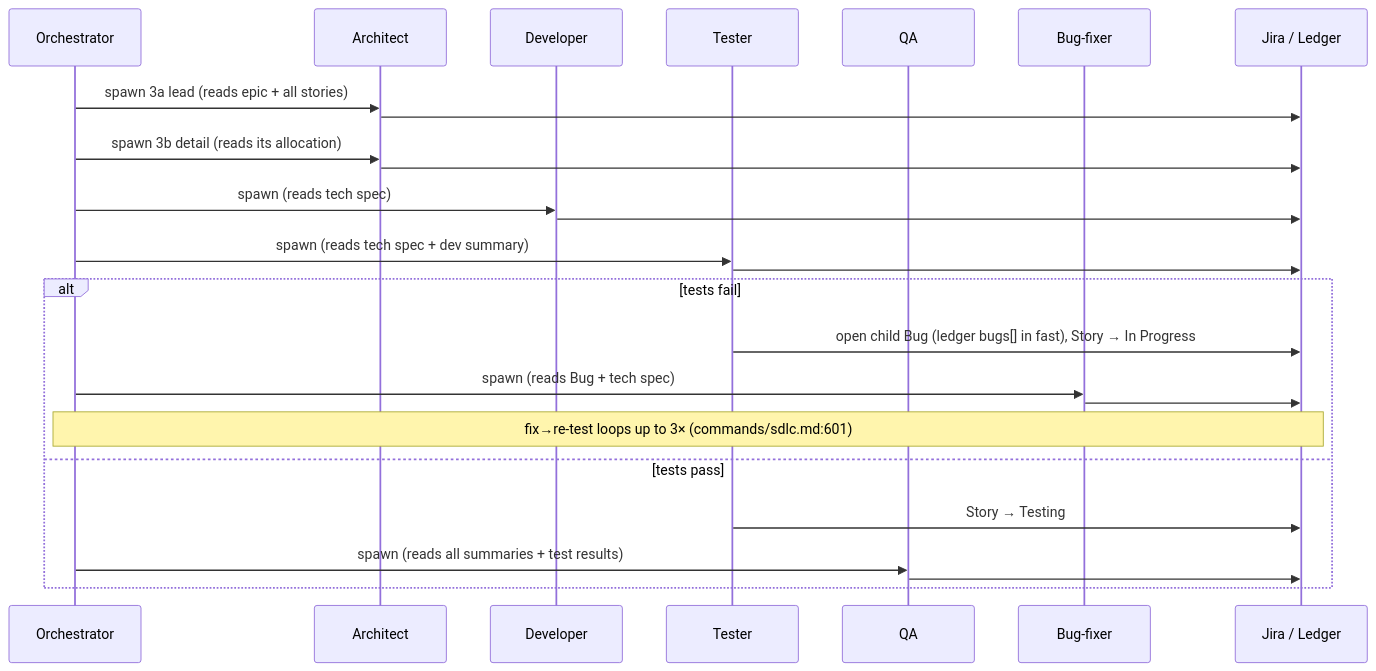
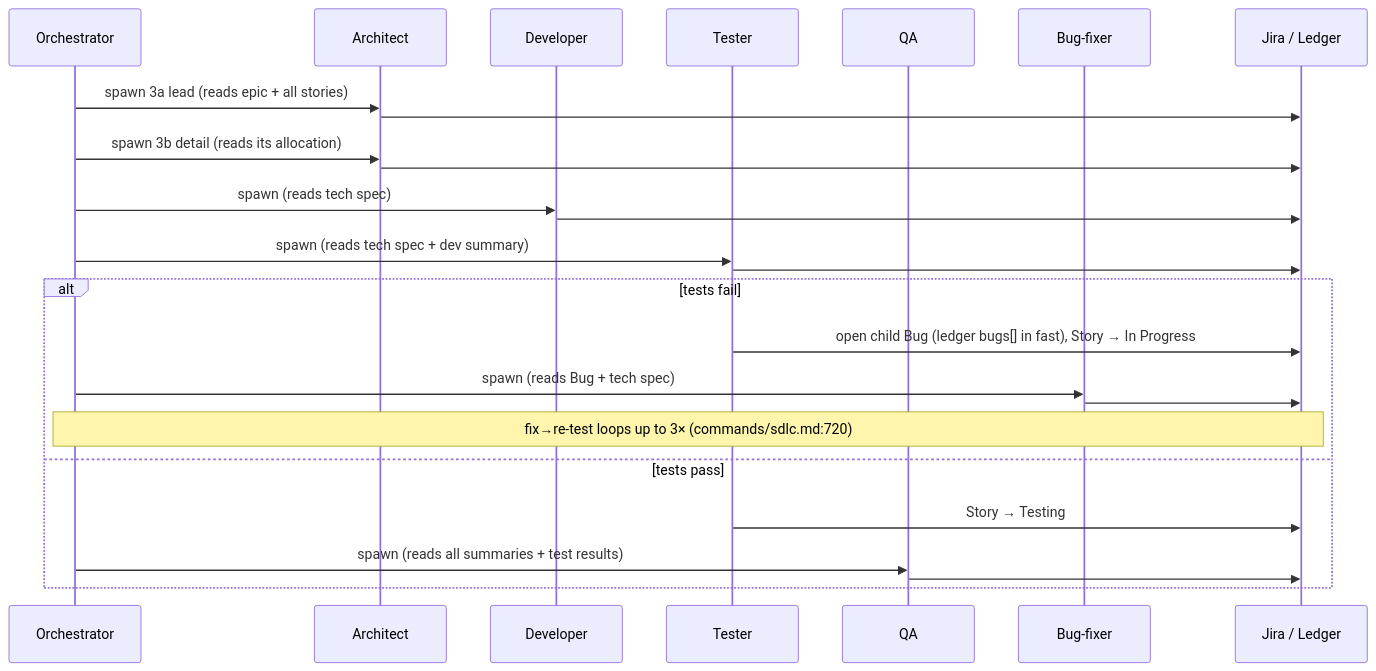
Before and after one commit to final-il/maor-skills-marketplace: the fifth of 6 diagrams in plugins/ai-sdlc/docs/ai-sdlc-explained.md, drawn with Mermaid. The commit also changed other lines of this file and 1 other file, not shown here.

First line of the commit message:
ai-sdlc: refresh explainer doc + root README to current 16-agent state

````diff
--- a/plugins/ai-sdlc/docs/ai-sdlc-explained.md
+++ b/plugins/ai-sdlc/docs/ai-sdlc-explained.md
@@ -376,29 +404,29 @@
 ```mermaid
 sequenceDiagram
   participant O as Orchestrator
   participant A as Architect
   participant D as Developer
   participant T as Tester
   participant Q as QA
   participant B as Bug-fixer
   participant J as Jira / Ledger
 
   O->>A: spawn 3a lead (reads epic + all stories)
   A->>J: ## Ownership Registry + CUJs (epic)
   O->>A: spawn 3b detail (reads its allocation)
   A->>J: ## Technical Specification → Selected for Development
   O->>D: spawn (reads tech spec)
   D->>J: ## Implementation Complete + PR → In Review
   O->>T: spawn (reads tech spec + dev summary)
   T->>J: ## Test Results
   alt tests fail
     T->>J: open child Bug (ledger bugs[] in fast), Story → In Progress
     O->>B: spawn (reads Bug + tech spec)
     B->>J: ## Bug Fix Complete, Story → In Review
-    Note over O,J: fix→re-test loops up to 3× (commands/sdlc.md:601)
+    Note over O,J: fix→re-test loops up to 3× (commands/sdlc.md:720)
   else tests pass
     T->>J: Story → Testing
     O->>Q: spawn (reads all summaries + test results)
     Q->>J: ## QA Review → Done
   end
 ```
````
